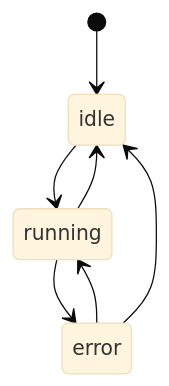
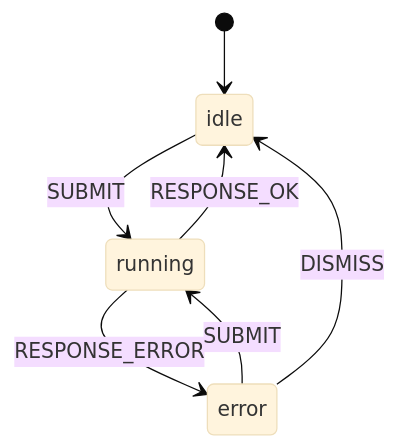
Diagram 37 of 52 in docs/contributing/state-machines.md (kody-hq/kody), drawn with Mermaid (base theme) before and after one commit. The commit also changed other lines of this file and 78 other files, not shown here.

Commit message:
refactor: drive UI flows with XState actors

````diff
--- a/docs/contributing/state-machines.md
+++ b/docs/contributing/state-machines.md
@@ -1216,9 +1270,9 @@
 ```mermaid
 stateDiagram-v2
     [*] --> idle
-    idle --> running
-    running --> idle
-    running --> error
-    error --> idle
-    error --> running
+    idle --> running: SUBMIT
+    running --> idle: RESPONSE_OK
+    running --> error: RESPONSE_ERROR
+    error --> running: SUBMIT
+    error --> idle: DISMISS
 ```
````
